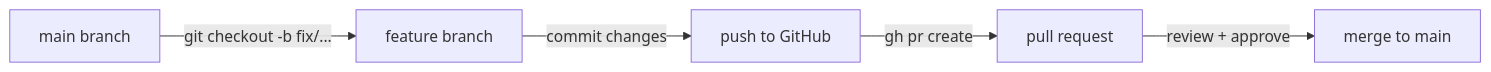
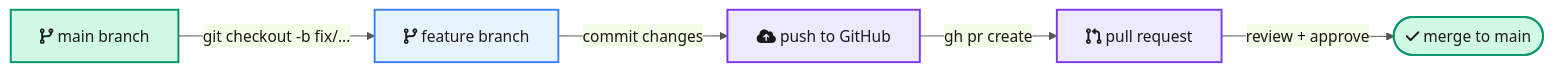
One commit to OSU-CAR-MSL/lab-setup-guide changed the diagram in docs/contributing/github-issues-and-prs.md. Above: the diagram before and after it, drawn with Mermaid. The commit also changed 13 other files, not shown here.

First line of the commit message:
Enhance all 22 Mermaid diagrams with semantic shapes, icons, and color coding

````diff
--- a/docs/contributing/github-issues-and-prs.md
+++ b/docs/contributing/github-issues-and-prs.md
@@ -174,7 +174,12 @@
 ```mermaid
+%%{init: {'theme': 'base', 'themeVariables': {'primaryColor': '#e8f4fd', 'primaryTextColor': '#1a1a1a', 'lineColor': '#555'}}}%%
 graph LR
-    A[main branch] -->|"git checkout -b fix/..."| B[feature branch]
-    B -->|commit changes| C[push to GitHub]
-    C -->|gh pr create| D[pull request]
-    D -->|review + approve| E[merge to main]
+    A["fa:fa-code-branch main branch"]:::success -->|"git checkout -b fix/..."| B["fa:fa-code-branch feature branch"]:::process
+    B -->|commit changes| C["fa:fa-cloud-arrow-up push to GitHub"]:::external
+    C -->|gh pr create| D["fa:fa-code-pull-request pull request"]:::external
+    D -->|review + approve| E(["fa:fa-check merge to main"]):::success
+
+    classDef process fill:#e8f4fd,stroke:#3b82f6,color:#1a1a1a,stroke-width:2px
+    classDef success fill:#d1fae5,stroke:#059669,color:#1a1a1a,stroke-width:2px
+    classDef external fill:#ede9fe,stroke:#7c3aed,color:#1a1a1a,stroke-width:2px
 ```
````
